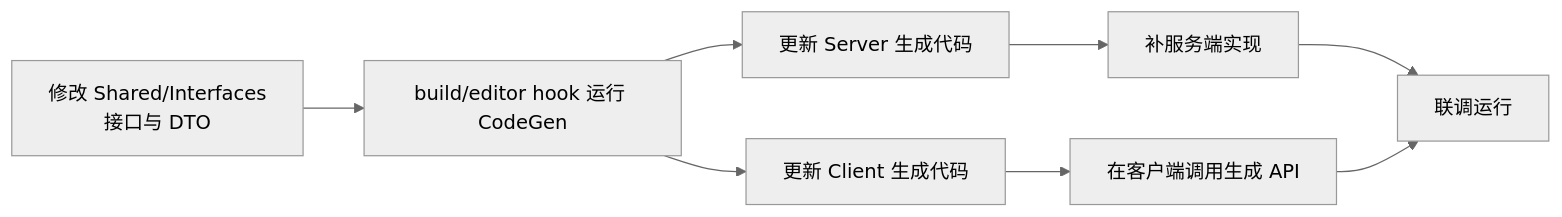
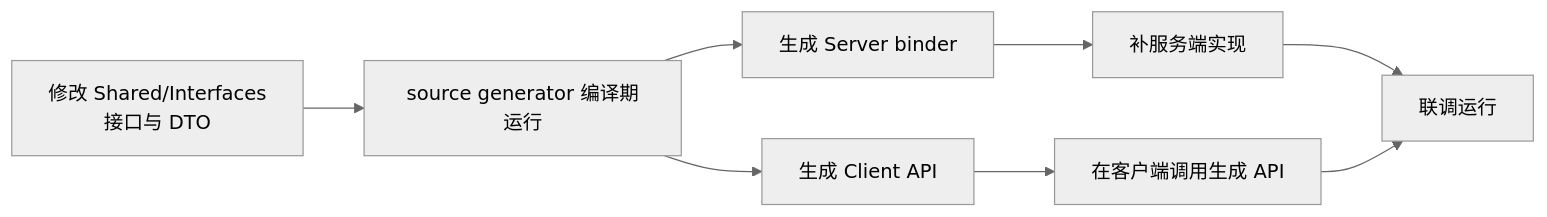
Before and after one commit to bruce48x/ULinkRPC: the second of 2 diagrams in blog/content/posts/ulinkrpc-getting-started.md, drawn with Mermaid (neutral theme). The commit also changed other lines of this file and 23 other files, not shown here.

Commit message:
Switch starter codegen to source generator route

````diff
--- a/blog/content/posts/ulinkrpc-getting-started.md
+++ b/blog/content/posts/ulinkrpc-getting-started.md
@@ -234,10 +227,10 @@
 ```mermaid
 flowchart LR
-    A["修改 Shared/Interfaces<br/>接口与 DTO"] --> B["build/editor hook 运行 CodeGen"]
-    B --> C["更新 Server 生成代码"]
-    B --> D["更新 Client 生成代码"]
+    A["修改 Shared/Interfaces<br/>接口与 DTO"] --> B["source generator 编译期运行"]
+    B --> C["生成 Server binder"]
+    B --> D["生成 Client API"]
     C --> E["补服务端实现"]
     D --> F["在客户端调用生成 API"]
     E --> G["联调运行"]
     F --> G
 ```
````
